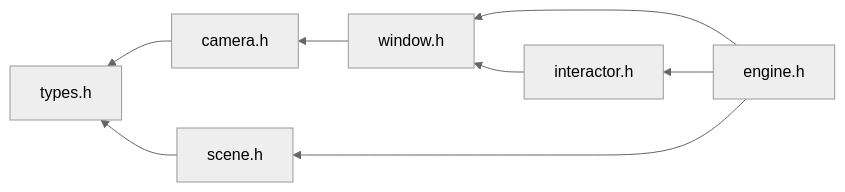
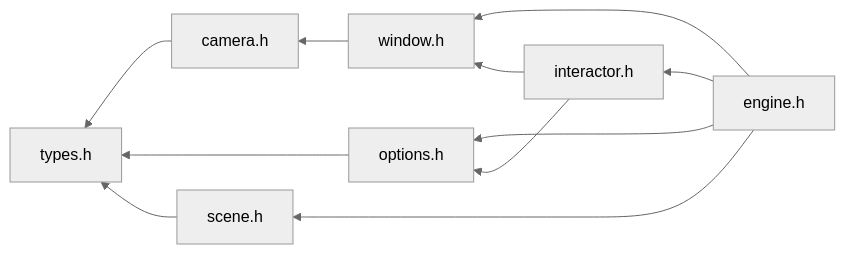
One commit to f3d-app/f3d-website changed the second of 2 diagrams in docs/api/types_8h.md. Above: the diagram before and after it, drawn with Mermaid (neutral theme). The commit also changed other lines of this file and 105 other files, not shown here.

````diff
--- a/docs/api/types_8h.md
+++ b/docs/api/types_8h.md
@@ -57,28 +58,34 @@
 ```mermaid
 graph RL
 2["camera.h"]
 click 2 "camera_8h_source.md#camera_8h_source"
 3 --> 2
 
 4["engine.h"]
 click 4 "engine_8h_source.md#engine_8h_source"
 
 5["interactor.h"]
 click 5 "interactor_8h_source.md#interactor_8h_source"
 4 --> 5
 
-6["scene.h"]
-click 6 "scene_8h_source.md#scene_8h_source"
+6["options.h"]
+click 6 "options_8h_source.md#options_8h_source"
 4 --> 6
+5 --> 6
+
+7["scene.h"]
+click 7 "scene_8h_source.md#scene_8h_source"
+4 --> 7
 
 1["types.h"]
 click 1 "types_8h.md#types_8h"
 2 --> 1
 6 --> 1
+7 --> 1
 
 3["window.h"]
 click 3 "window_8h_source.md#window_8h_source"
 4 --> 3
 5 --> 3
 
 ```
````
